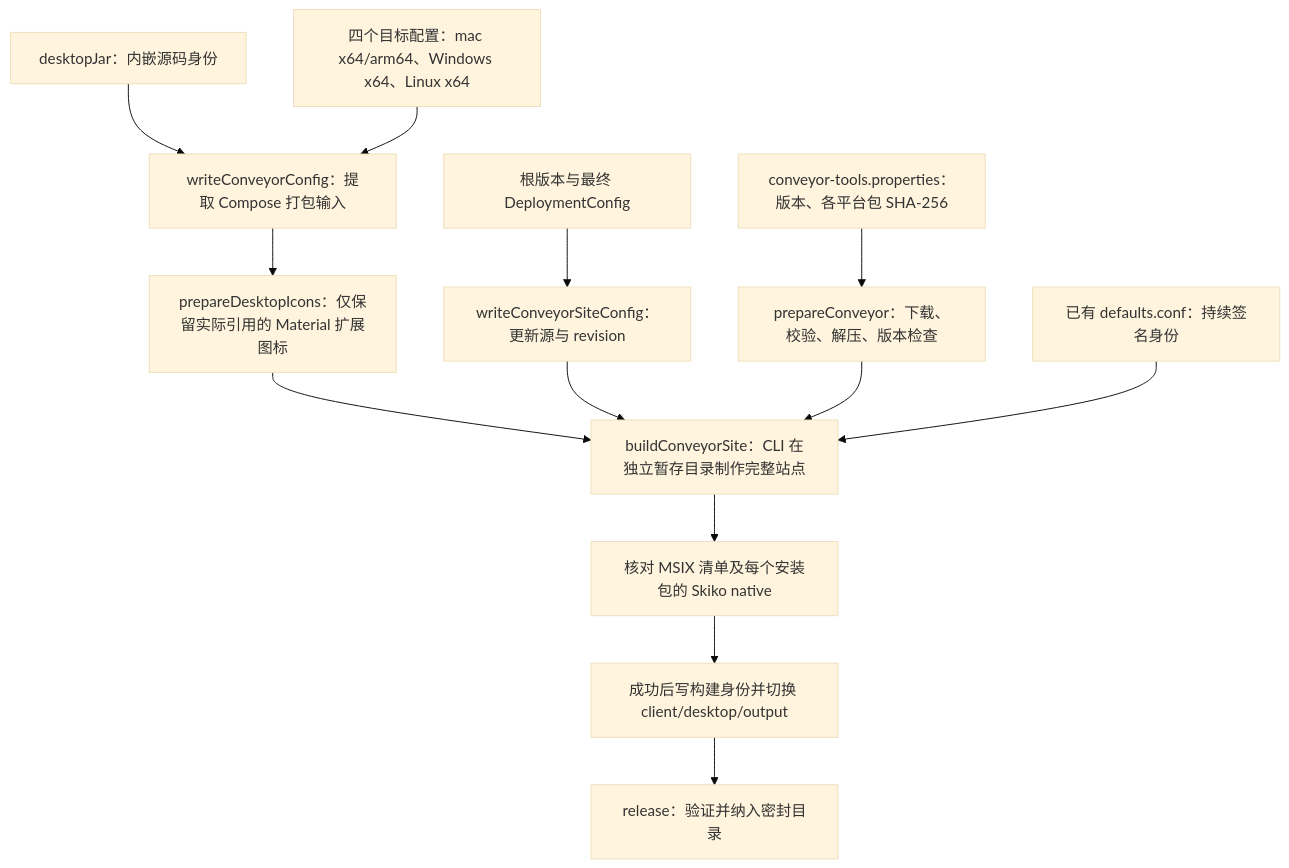
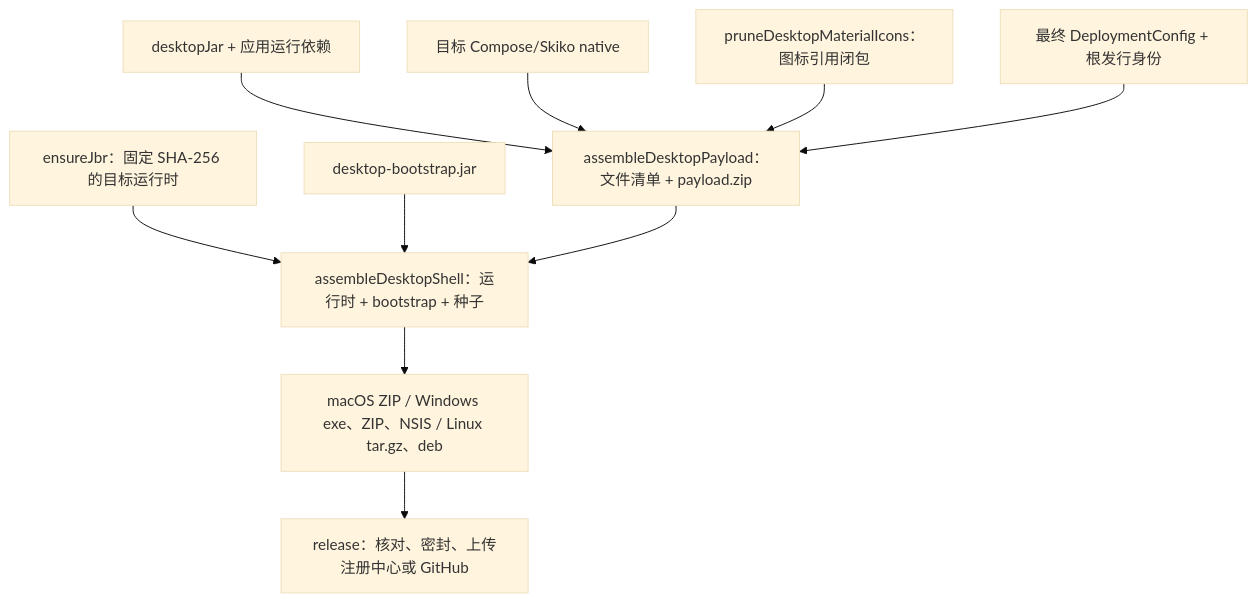
One commit to virjar/team-talk changed the diagram in doc/07-operations/desktop-cross-build.md. Above: the diagram before and after it, drawn with Mermaid (base theme). The commit also changed other lines of this file and 44 other files, not shown here.

````diff
--- a/doc/07-operations/desktop-cross-build.md
+++ b/doc/07-operations/desktop-cross-build.md
@@ -13,15 +20,12 @@
 ```mermaid
 flowchart TD
-    Jar["desktopJar：内嵌源码身份"] --> Extract["writeConveyorConfig：提取 Compose 打包输入"]
-    Targets["四个目标配置：mac x64/arm64、Windows x64、Linux x64"] --> Extract
-    Version["根版本与最终 DeploymentConfig"] --> SiteConfig["writeConveyorSiteConfig：更新源与 revision"]
-    Lock["conveyor-tools.properties：版本、各平台包 SHA-256"] --> Tool["prepareConveyor：下载、校验、解压、版本检查"]
-    Extract --> Icons["prepareDesktopIcons：仅保留实际引用的 Material 扩展图标"]
-    Icons --> Build["buildConveyorSite：CLI 在独立暂存目录制作完整站点"]
-    SiteConfig --> Build
-    Tool --> Build
-    Signing["已有 defaults.conf：持续签名身份"] --> Build
-    Build --> Check["核对 MSIX 清单及每个安装包的 Skiko native"]
-    Check --> Output["成功后写构建身份并切换 client/desktop/output"]
-    Output --> Bundle["release：验证并纳入密封目录"]
+    App["desktopJar + 应用运行依赖"] --> Payload["assembleDesktopPayload：文件清单 + payload.zip"]
+    Native["目标 Compose/Skiko native"] --> Payload
+    Icons["pruneDesktopMaterialIcons：图标引用闭包"] --> Payload
+    Identity["最终 DeploymentConfig + 根发行身份"] --> Payload
+    JBR["ensureJbr：固定 SHA-256 的目标运行时"] --> Shell["assembleDesktopShell：运行时 + bootstrap + 种子"]
+    Bootstrap["desktop-bootstrap.jar"] --> Shell
+    Payload --> Shell
+    Shell --> Installers["macOS ZIP / Windows exe、ZIP、NSIS / Linux tar.gz、deb"]
+    Installers --> Release["release：核对、密封、上传注册中心或 GitHub"]
 ```
````
